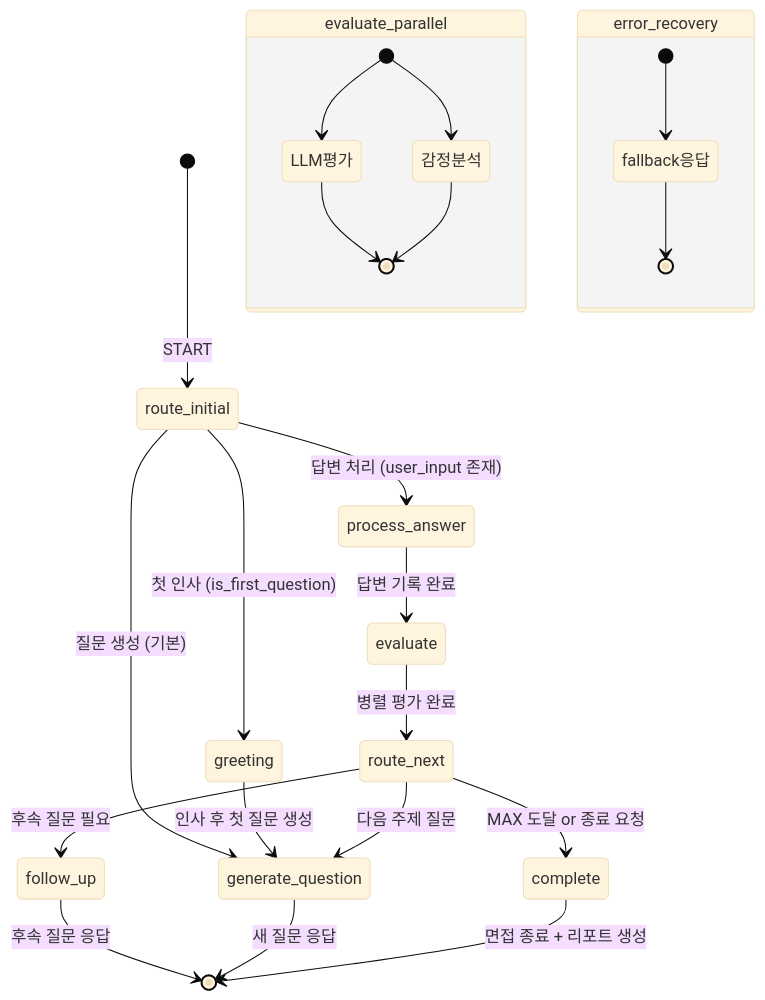
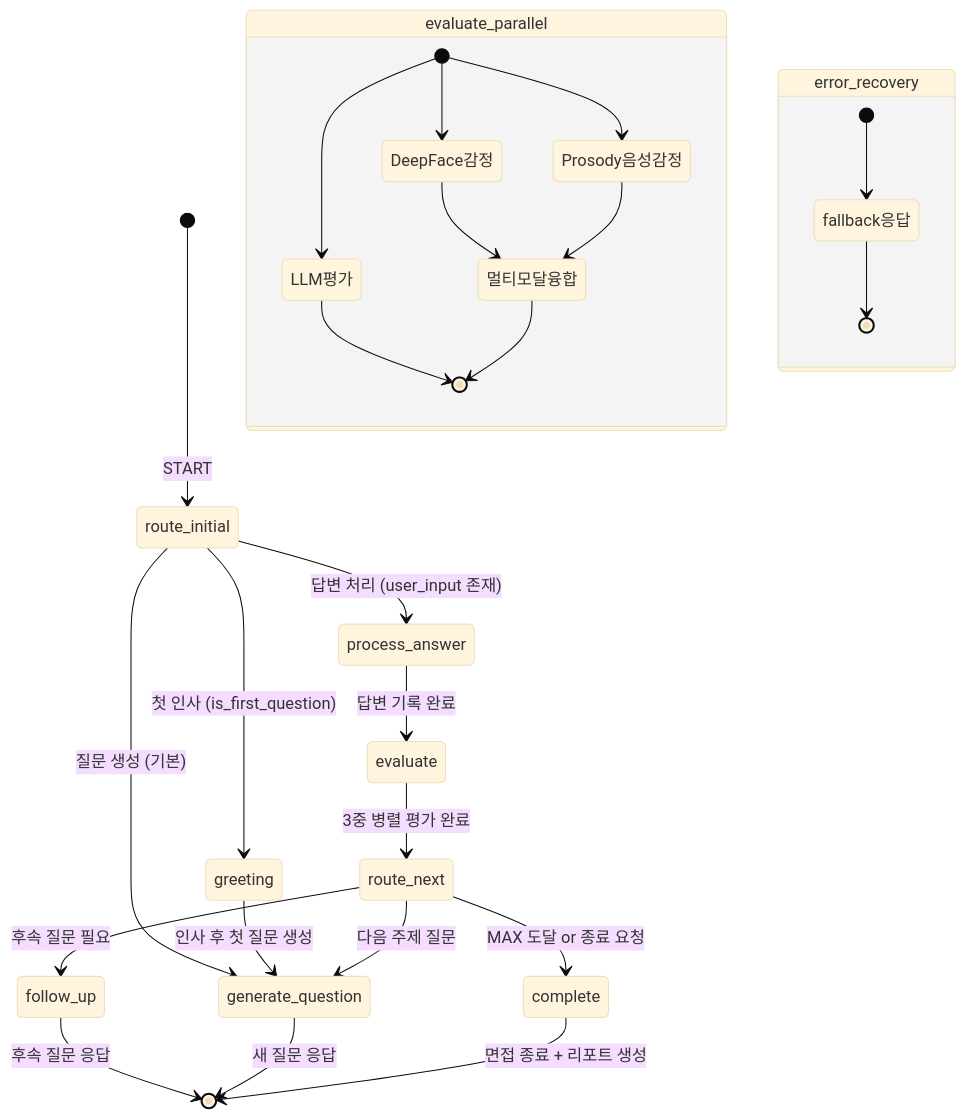
The diagram in CSH/documents/LangChain_LangGraph_LLM 아키텍처 분석.md (TaRang7248/big20_AI_Interview_simulation), drawn with Mermaid (base theme) before and after one commit. The commit also changed other lines of this file, not shown here.

````diff
--- a/CSH/documents/LangChain_LangGraph_LLM 아키텍처 분석.md
+++ b/CSH/documents/LangChain_LangGraph_LLM 아키텍처 분석.md
@@ -125,35 +160,38 @@
 ```mermaid
 stateDiagram-v2
     [*] --> route_initial : START
     
     state route_initial <<choice>>
     route_initial --> greeting : 첫 인사 (is_first_question)
     route_initial --> process_answer : 답변 처리 (user_input 존재)
     route_initial --> generate_question : 질문 생성 (기본)
     
     greeting --> generate_question : 인사 후 첫 질문 생성
     
     process_answer --> evaluate : 답변 기록 완료
     
     state evaluate_parallel {
         [*] --> LLM평가
-        [*] --> 감정분석
+        [*] --> DeepFace감정
+        [*] --> Prosody음성감정
         LLM평가 --> [*]
-        감정분석 --> [*]
+        DeepFace감정 --> 멀티모달융합
+        Prosody음성감정 --> 멀티모달융합
+        멀티모달융합 --> [*]
     }
-    evaluate --> route_next : 병렬 평가 완료
+    evaluate --> route_next : 3중 병렬 평가 완료
     
     state route_next <<choice>>
     route_next --> complete : MAX 도달 or 종료 요청
     route_next --> follow_up : 후속 질문 필요
     route_next --> generate_question : 다음 주제 질문
     
     follow_up --> [*] : 후속 질문 응답
     generate_question --> [*] : 새 질문 응답
     complete --> [*] : 면접 종료 + 리포트 생성
     
     state error_recovery {
         [*] --> fallback응답
         fallback응답 --> [*]
     }
 ```
````
